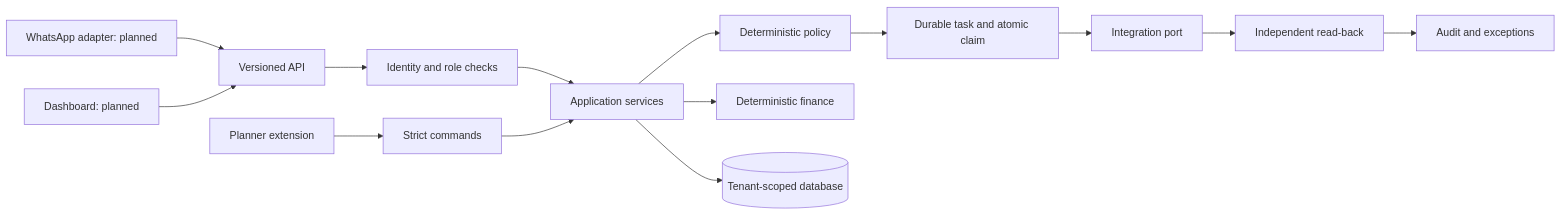
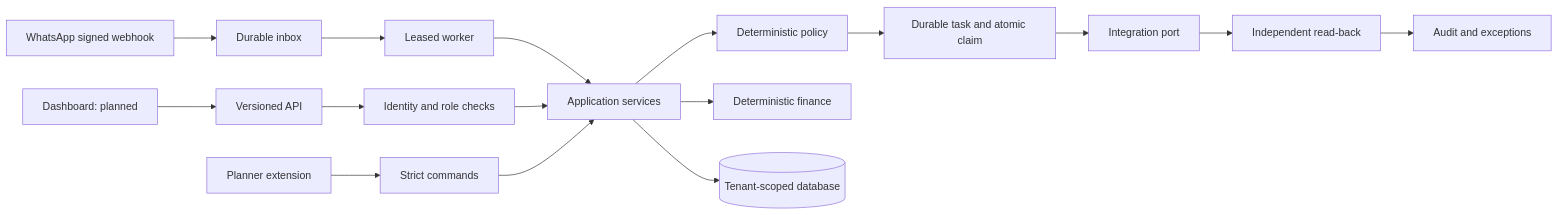
The diagram in docs/ARCHITECTURE.md (belugpt/commercepilot-ai), drawn with Mermaid before and after one commit. The commit also changed other lines of this file and 22 other files, not shown here.

Commit message:
Add signed WhatsApp intake and durable leased inbox worker

````diff
--- a/docs/ARCHITECTURE.md
+++ b/docs/ARCHITECTURE.md
@@ -7,16 +7,18 @@
 ```mermaid
 flowchart LR
-    WA[WhatsApp adapter: planned] --> API[Versioned API]
-    WEB[Dashboard: planned] --> API
+    WA[WhatsApp signed webhook] --> INBOX[Durable inbox]
+    INBOX --> WORKER[Leased worker]
+    WORKER --> APP[Application services]
+    WEB[Dashboard: planned] --> API[Versioned API]
     API --> ID[Identity and role checks]
     ID --> APP[Application services]
     AI[Planner extension] --> VALID[Strict commands]
     VALID --> APP
     APP --> POLICY[Deterministic policy]
     POLICY --> TASK[Durable task and atomic claim]
     TASK --> PORT[Integration port]
     PORT --> VERIFY[Independent read-back]
     VERIFY --> AUDIT[Audit and exceptions]
     APP --> FIN[Deterministic finance]
     APP --> DB[(Tenant-scoped database)]
 ```
````
